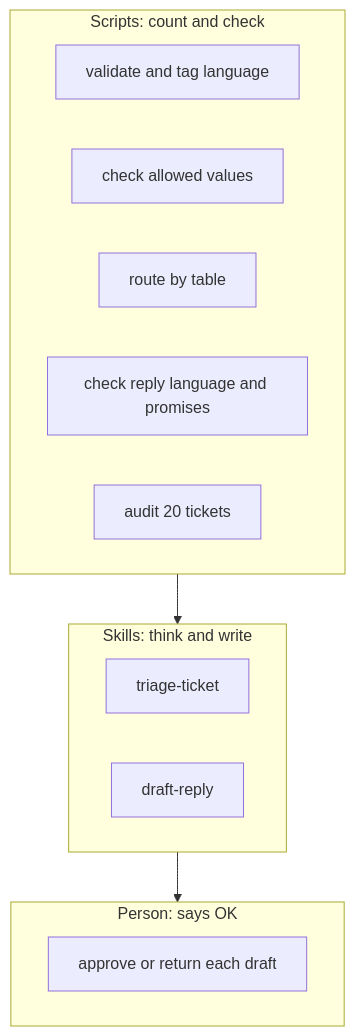
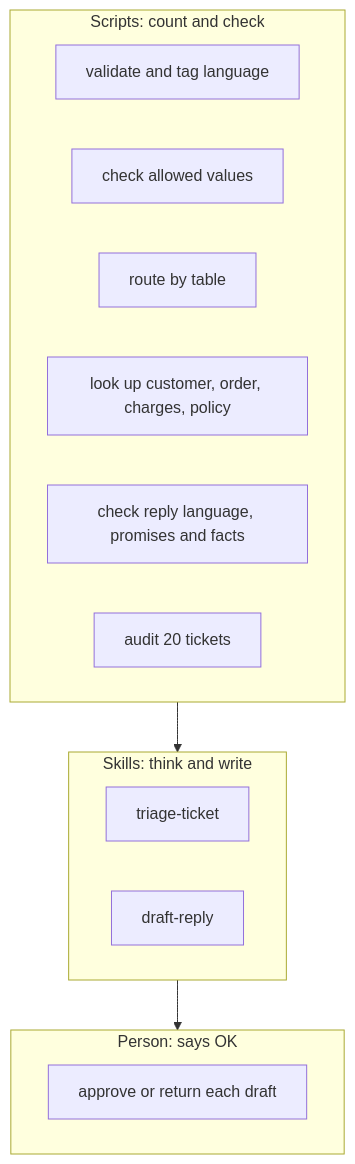
The second of 2 diagrams in docs/README_architecture.md (josh3311/bilingual-triage-icm), drawn with Mermaid before and after one commit. The commit also changed other lines of this file and 34 other files, not shown here.

````diff
--- a/docs/README_architecture.md
+++ b/docs/README_architecture.md
@@ -20,18 +21,19 @@
 ```mermaid
 flowchart TB
   subgraph S["Scripts: count and check"]
     S1["validate and tag language"]
     S2["check allowed values"]
     S3["route by table"]
-    S4["check reply language and promises"]
+    S3b["look up customer, order, charges, policy"]
+    S4["check reply language, promises and facts"]
     S5["audit 20 tickets"]
   end
   subgraph K["Skills: think and write"]
     K1["triage-ticket"]
     K2["draft-reply"]
   end
   subgraph P["Person: says OK"]
     P1["approve or return each draft"]
   end
   S --> K --> P
 ```
````
